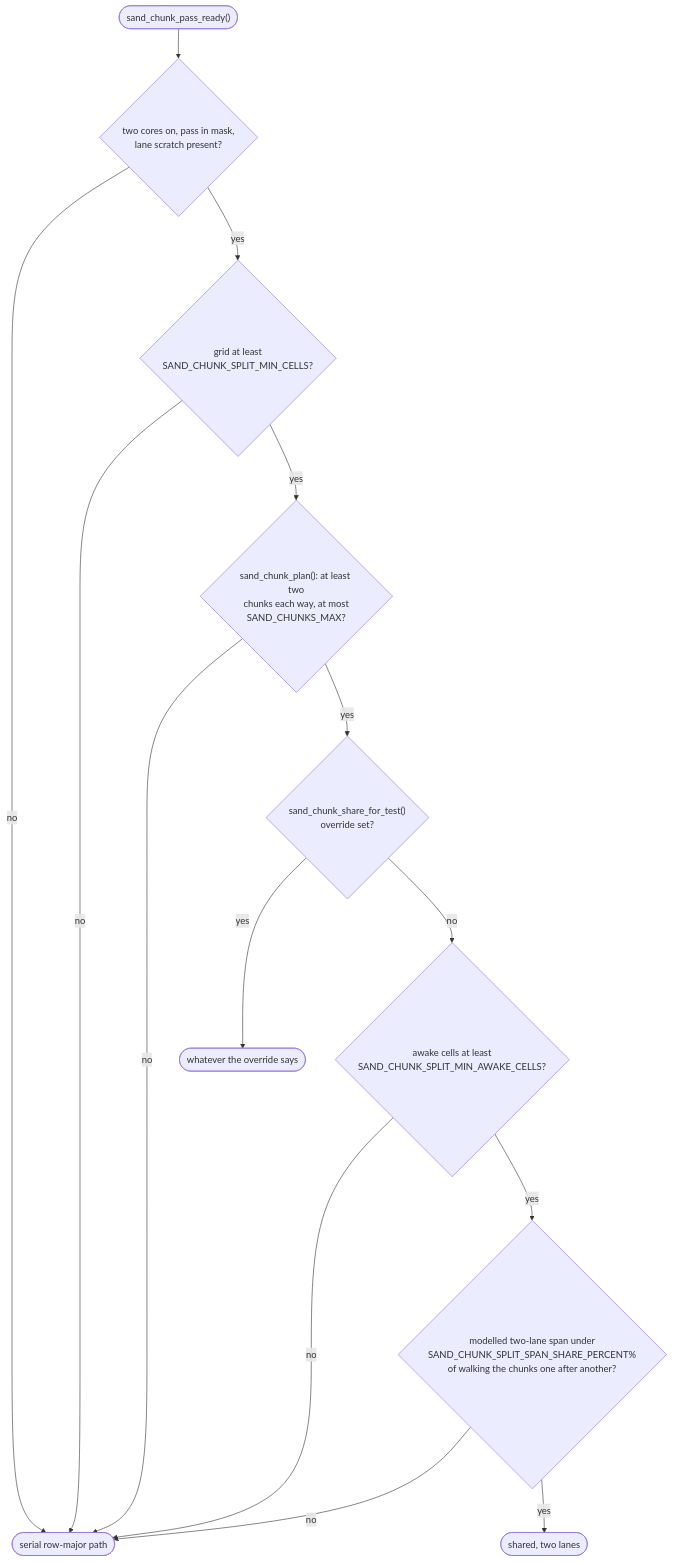
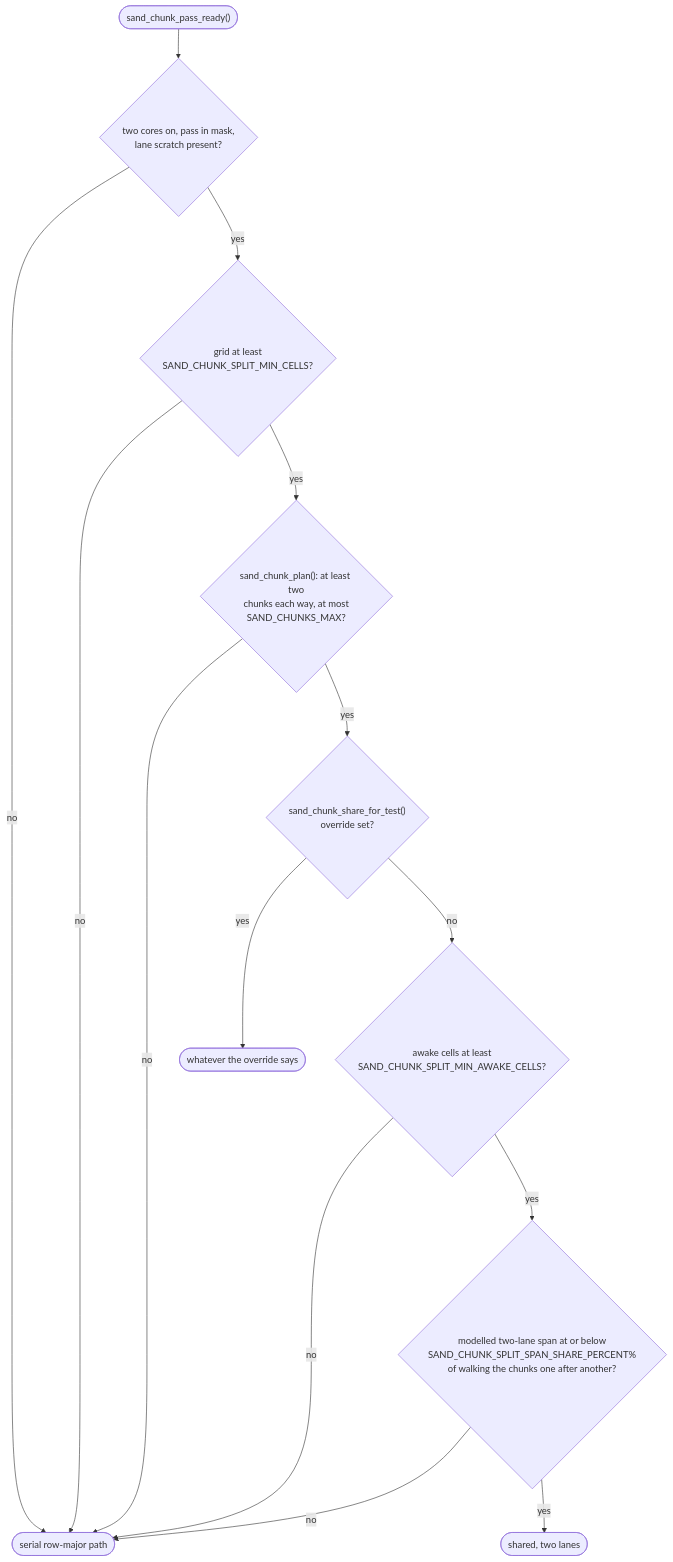
The second of 4 diagrams in docs/sand/Sand-Simulation.md (jose-villegas/autana), drawn with Mermaid before and after one commit. The commit also changed other lines of this file and 4 other files, not shown here.

````diff
--- a/docs/sand/Sand-Simulation.md
+++ b/docs/sand/Sand-Simulation.md
@@ -1308,16 +1313,16 @@
 ```mermaid
 flowchart TD
     Start(["sand_chunk_pass_ready()"]) --> Lane{"two cores on, pass in mask,<br/>lane scratch present?"}
     Lane -->|no| Serial(["serial row-major path"])
     Lane -->|yes| Cells{"grid at least<br/>SAND_CHUNK_SPLIT_MIN_CELLS?"}
     Cells -->|no| Serial
     Cells -->|yes| Plan{"sand_chunk_plan(): at least two<br/>chunks each way, at most<br/>SAND_CHUNKS_MAX?"}
     Plan -->|no| Serial
     Plan -->|yes| Override{"sand_chunk_share_for_test()<br/>override set?"}
     Override -->|yes| Forced(["whatever the override says"])
     Override -->|no| Awake{"awake cells at least<br/>SAND_CHUNK_SPLIT_MIN_AWAKE_CELLS?"}
     Awake -->|no| Serial
-    Awake -->|yes| Span{"modelled two-lane span under<br/>SAND_CHUNK_SPLIT_SPAN_SHARE_PERCENT%<br/>of walking the chunks one after another?"}
+    Awake -->|yes| Span{"modelled two-lane span at or below<br/>SAND_CHUNK_SPLIT_SPAN_SHARE_PERCENT%<br/>of walking the chunks one after another?"}
     Span -->|no| Serial
     Span -->|yes| Shared(["shared, two lanes"])
 ```
````
